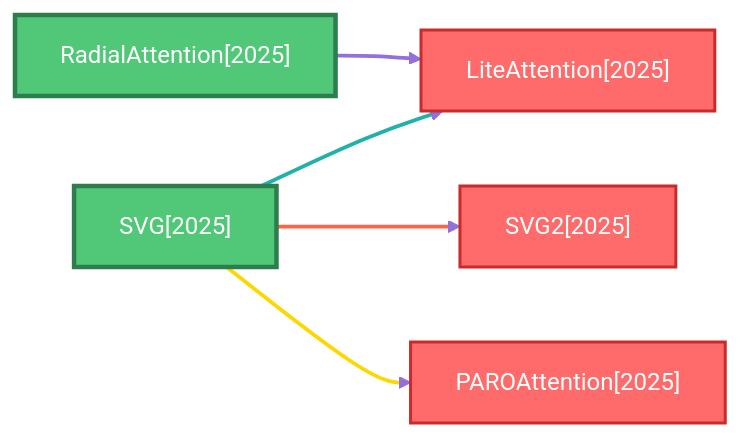
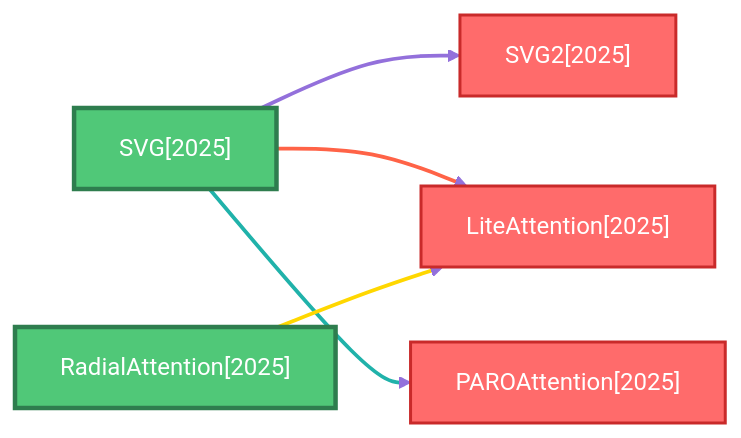
One commit to hustzxd/EfficientPaper changed the second of 6 diagrams in docs/baseline_methods_graph.md. Above: the diagram before and after it, drawn with Mermaid (forest theme). The commit also changed other lines of this file and 11 other files, not shown here.

````diff
--- a/docs/baseline_methods_graph.md
+++ b/docs/baseline_methods_graph.md
@@ -57,27 +61,27 @@
 ```mermaid
 flowchart LR
     classDef defaultNode fill:#4A90E2,stroke:#2E5C8A,stroke-width:2px,color:#fff
     classDef rootNode fill:#50C878,stroke:#2E7D4E,stroke-width:3px,color:#fff
     classDef leafNode fill:#FF6B6B,stroke:#C92A2A,stroke-width:2px,color:#fff
     linkStyle default stroke:#9370DB,stroke-width:2px
 
-    2025_RadialAttention["RadialAttention[2025]"]
-    class 2025_RadialAttention rootNode
-    2025_LiteAttention["LiteAttention[2025]"]
-    class 2025_LiteAttention leafNode
-    2025_SVG2["SVG2[2025]"]
-    class 2025_SVG2 leafNode
     2025_PAROAttention["PAROAttention[2025]"]
     class 2025_PAROAttention leafNode
     2025_SVG["SVG[2025]"]
     class 2025_SVG rootNode
+    2025_RadialAttention["RadialAttention[2025]"]
+    class 2025_RadialAttention rootNode
+    2025_SVG2["SVG2[2025]"]
+    class 2025_SVG2 leafNode
+    2025_LiteAttention["LiteAttention[2025]"]
+    class 2025_LiteAttention leafNode
 
+    2025_SVG ==>|" "| 2025_SVG2
+    linkStyle 0 stroke:#9370DB,stroke-width:2.5px
+    2025_SVG ==>|" "| 2025_LiteAttention
+    linkStyle 1 stroke:#FF6347,stroke-width:2.5px
+    2025_SVG ==>|" "| 2025_PAROAttention
+    linkStyle 2 stroke:#20B2AA,stroke-width:2.5px
     2025_RadialAttention ==>|" "| 2025_LiteAttention
-    linkStyle 0 stroke:#9370DB,stroke-width:2.5px
-    2025_SVG ==>|" "| 2025_SVG2
-    linkStyle 1 stroke:#FF6347,stroke-width:2.5px
-    2025_SVG ==>|" "| 2025_LiteAttention
-    linkStyle 2 stroke:#20B2AA,stroke-width:2.5px
-    2025_SVG ==>|" "| 2025_PAROAttention
     linkStyle 3 stroke:#FFD700,stroke-width:2.5px
 ```
````
